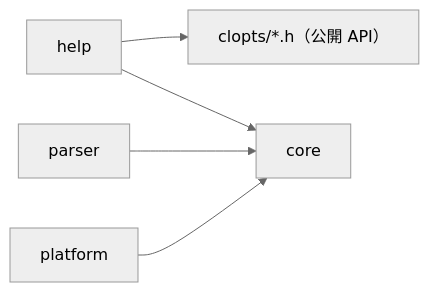
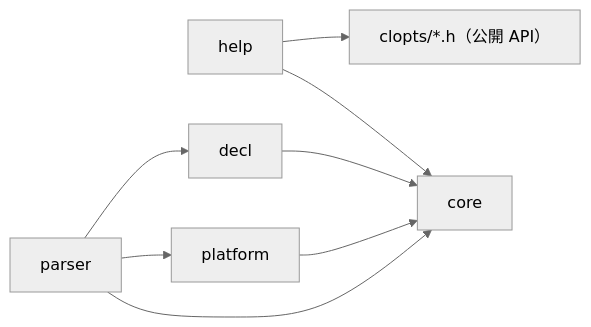
Before and after one commit to ktdevx/clopts-private: the first of 2 diagrams in docs/dev/architecture.md, drawn with Mermaid (neutral theme). The commit also changed other lines of this file and 1 other file, not shown here.

First line of the commit message:
docs/dev: describe the decl module and the new dependencies

````diff
--- a/docs/dev/architecture.md
+++ b/docs/dev/architecture.md
@@ -18,7 +19,10 @@
 ```mermaid
 flowchart LR
     help --> parser_api["clopts/*.h（公開 API）"]
+    parser --> decl
+    parser --> platform
+    decl --> core
     parser --> core
     help --> core
     platform --> core
 ```
````
